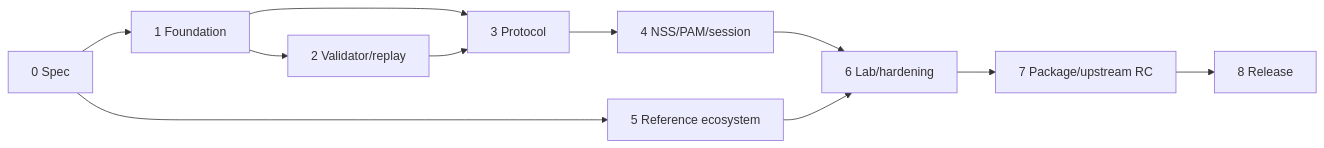
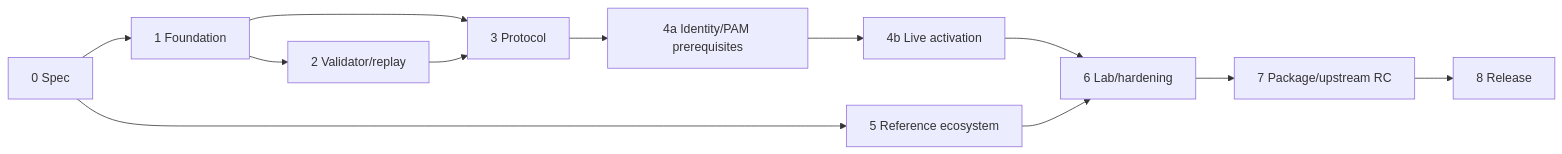
The diagram in specification/10-roadmap.md (risi70/xrdp), drawn with Mermaid before and after one commit. The commit also changed other lines of this file and 14 other files, not shown here.

````diff
--- a/specification/10-roadmap.md
+++ b/specification/10-roadmap.md
@@ -118,13 +142,14 @@
 ```mermaid
 flowchart LR
   P0[0 Spec] --> P1[1 Foundation]
   P1 --> P2[2 Validator/replay]
   P1 --> P3[3 Protocol]
   P2 --> P3
-  P3 --> P4[4 NSS/PAM/session]
+  P3 --> P4A[4a Identity/PAM prerequisites]
+  P4A --> P4B[4b Live activation]
   P0 --> P5[5 Reference ecosystem]
-  P4 --> P6[6 Lab/hardening]
+  P4B --> P6[6 Lab/hardening]
   P5 --> P6
   P6 --> P7[7 Package/upstream RC]
   P7 --> P8[8 Release]
 ```
````
